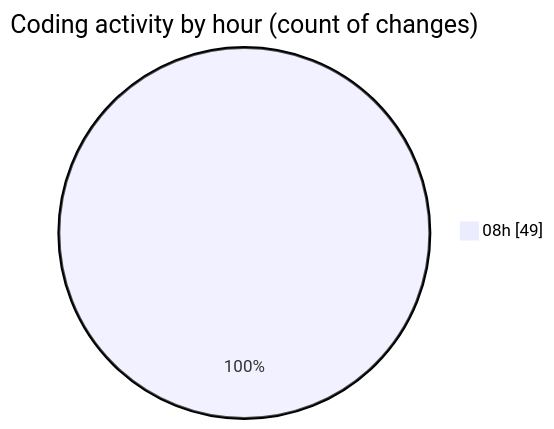
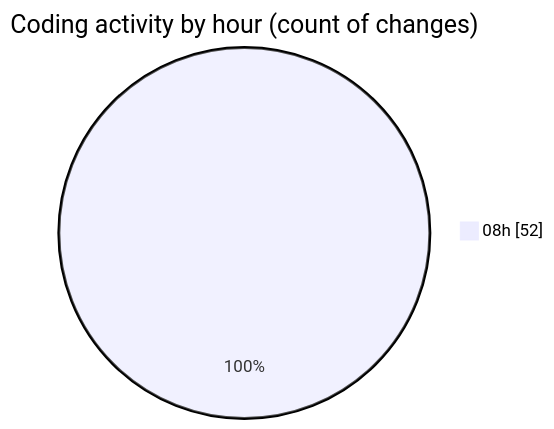
One commit to momahboobian/code-tracking changed the second of 2 diagrams in 2026-05-01/cda/README.md. Above: the diagram before and after it, drawn with Mermaid. The commit also changed other lines of this file and 1 other file, not shown here.

````diff
--- a/2026-05-01/cda/README.md
+++ b/2026-05-01/cda/README.md
@@ -72,5 +72,5 @@
 ```mermaid
 pie showData
 title Coding activity by hour (count of changes)
-"08h" : 49
+"08h" : 52
 ```
````
